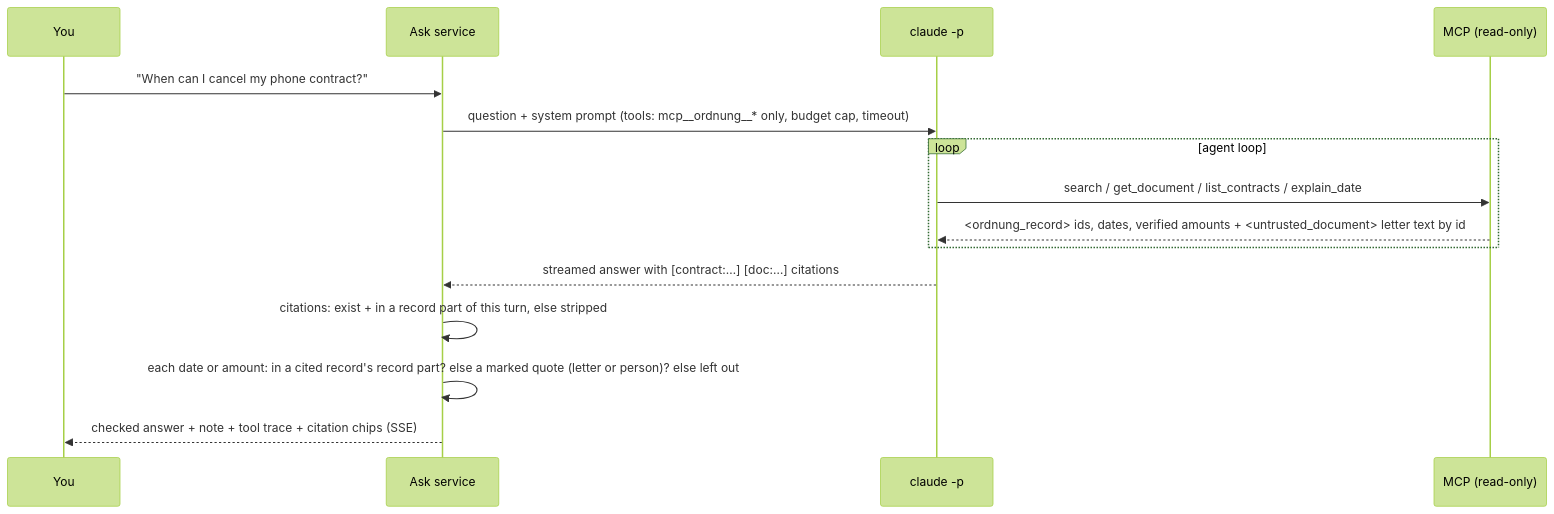
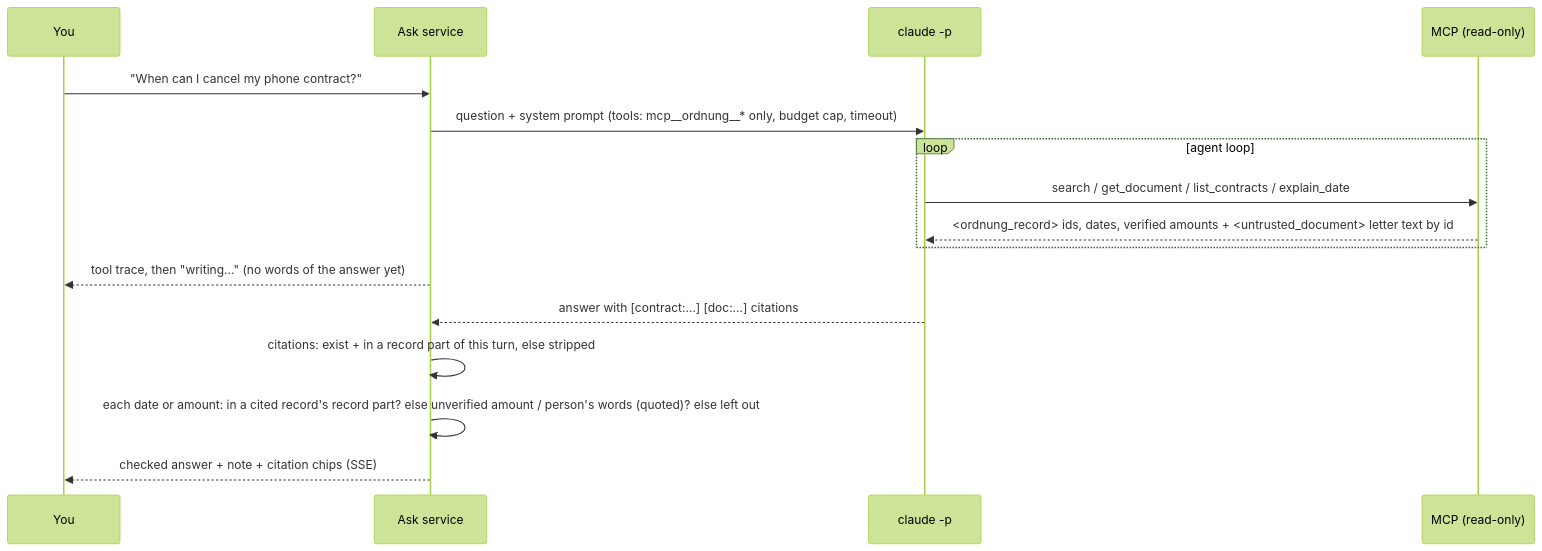
The third of 4 diagrams in docs/architecture.md (ahmedEid1/ordnung), drawn with Mermaid (forest theme) before and after one commit. The commit also changed other lines of this file and 3 other files, not shown here.

First line of the commit message:
Docs: ADR 0008, SPEC, architecture and privacy for the fourth review round

````diff
--- a/docs/architecture.md
+++ b/docs/architecture.md
@@ -100,17 +100,18 @@
 ```mermaid
 sequenceDiagram
   participant U as You
   participant S as Ask service
   participant C as claude -p
   participant M as MCP (read-only)
   U->>S: "When can I cancel my phone contract?"
   S->>C: question + system prompt (tools: mcp__ordnung__* only, budget cap, timeout)
   loop agent loop
     C->>M: search / get_document / list_contracts / explain_date
     M-->>C: <ordnung_record> ids, dates, verified amounts + <untrusted_document> letter text by id
   end
-  C-->>S: streamed answer with [contract:…] [doc:…] citations
+  S-->>U: tool trace, then "writing…" (no words of the answer yet)
+  C-->>S: answer with [contract:…] [doc:…] citations
   S->>S: citations: exist + in a record part of this turn, else stripped
-  S->>S: each date or amount: in a cited record's record part? else a marked quote (letter or person)? else left out
-  S-->>U: checked answer + note + tool trace + citation chips (SSE)
+  S->>S: each date or amount: in a cited record's record part? else unverified amount / person's words (quoted)? else left out
+  S-->>U: checked answer + note + citation chips (SSE)
 ```
````
